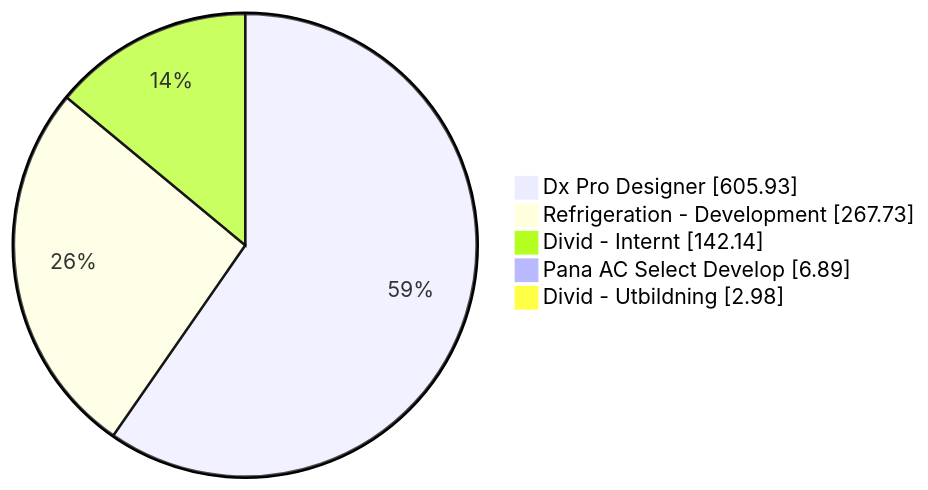
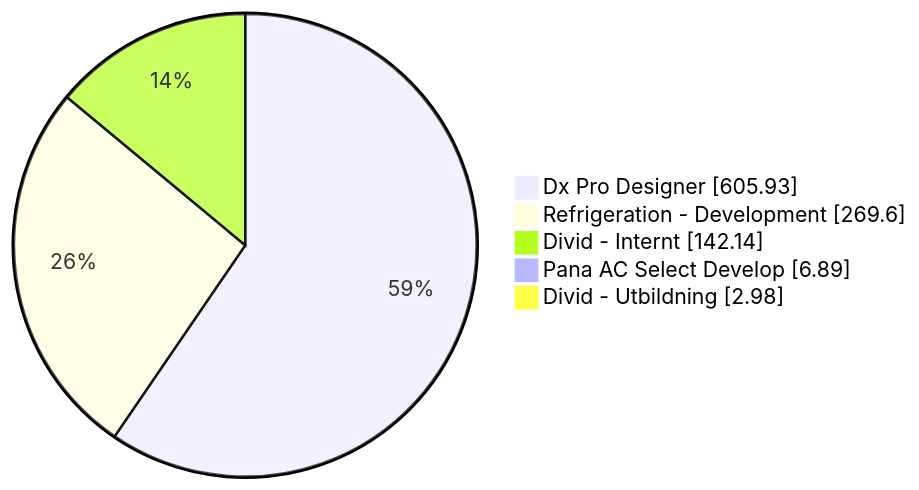
The first of 5 diagrams in README.org (albinforsberg-netizen/timeclock), drawn with Mermaid before and after one commit. The commit also changed other lines of this file, not shown here.

```diff
--- a/README.org
+++ b/README.org
@@ -34,8 +34,8 @@
 #+begin_src mermaid
 pie showData
     "Dx Pro Designer" : 605.93
-    "Refrigeration - Development" : 267.73
+    "Refrigeration - Development" : 269.60
     "Divid - Internt" : 142.14
     "Pana AC Select Develop" : 6.89
     "Divid - Utbildning" : 2.98
 #+end_src
```
